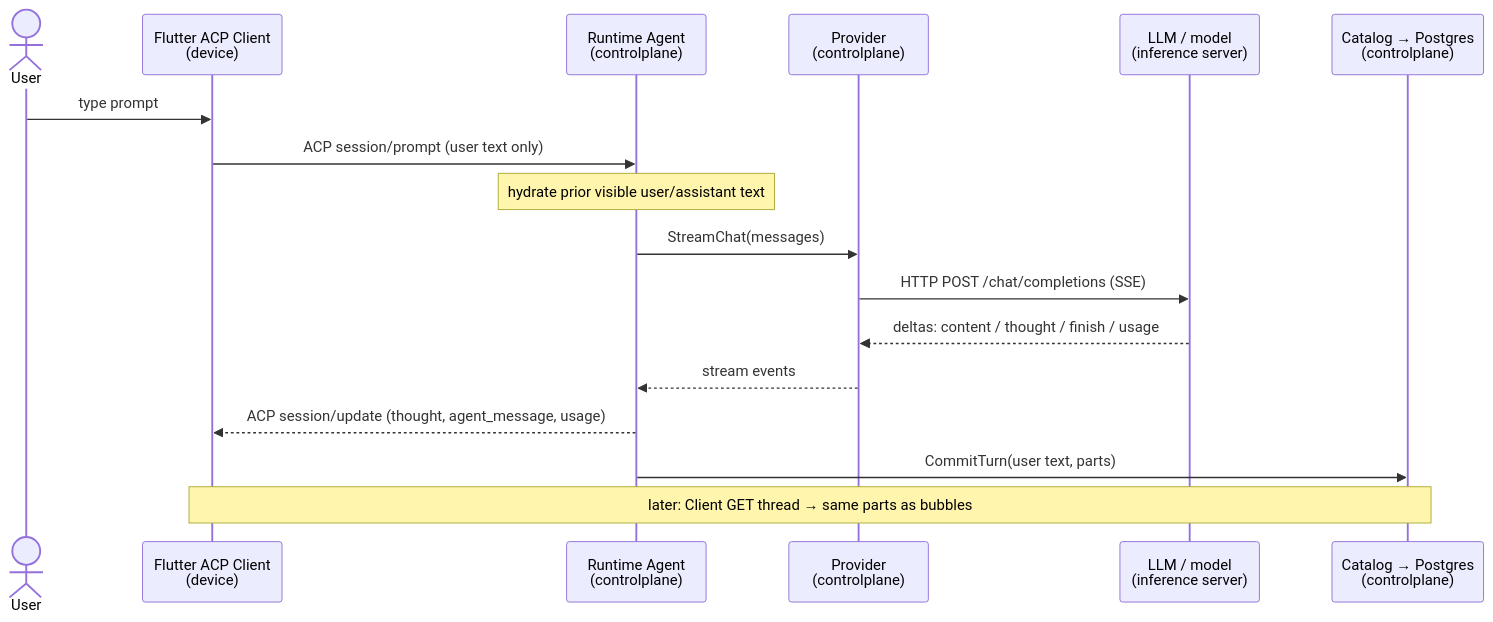
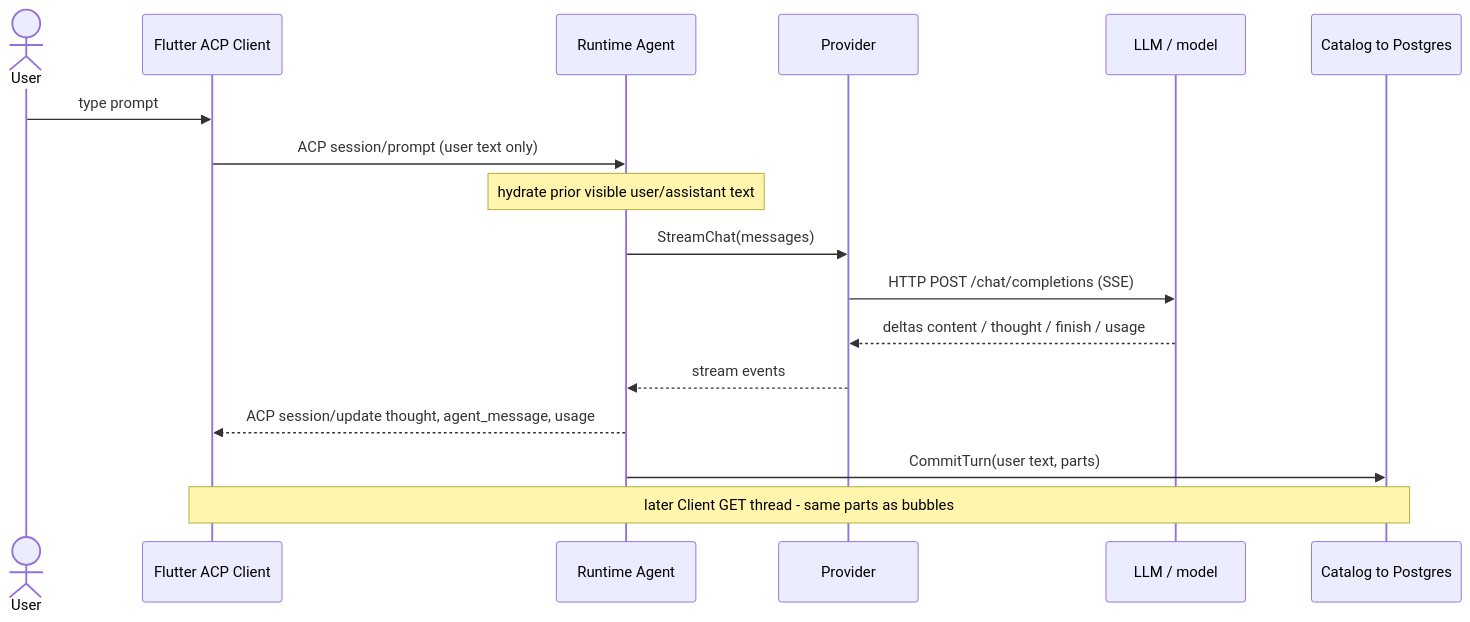
One commit to tryy3/agent-fabric changed the third of 6 diagrams in docs/architecture.md. Above: the diagram before and after it, drawn with Mermaid. The commit also changed other lines of this file, not shown here.

Commit message:
docs: fix Mermaid sequence diagram parse errors

````diff
--- a/docs/architecture.md
+++ b/docs/architecture.md
@@ -141,20 +141,20 @@
 ```mermaid
 sequenceDiagram
   actor User
-  participant Client as Flutter ACP Client<br/>(device)
-  participant Agent as Runtime Agent<br/>(controlplane)
-  participant Prov as Provider<br/>(controlplane)
-  participant LLM as LLM / model<br/>(inference server)
-  participant Catalog as Catalog → Postgres<br/>(controlplane)
+  participant Client as Flutter ACP Client
+  participant Agent as Runtime Agent
+  participant Prov as Provider
+  participant LLM as LLM / model
+  participant Catalog as Catalog to Postgres
 
   User->>Client: type prompt
   Client->>Agent: ACP session/prompt (user text only)
   Note over Agent: hydrate prior visible user/assistant text
   Agent->>Prov: StreamChat(messages)
   Prov->>LLM: HTTP POST /chat/completions (SSE)
-  LLM-->>Prov: deltas: content / thought / finish / usage
+  LLM-->>Prov: deltas content / thought / finish / usage
   Prov-->>Agent: stream events
-  Agent-->>Client: ACP session/update (thought, agent_message, usage)
+  Agent-->>Client: ACP session/update thought, agent_message, usage
   Agent->>Catalog: CommitTurn(user text, parts)
-  Note over Client,Catalog: later: Client GET thread → same parts as bubbles
+  Note over Client,Catalog: later Client GET thread - same parts as bubbles
 ```
````
